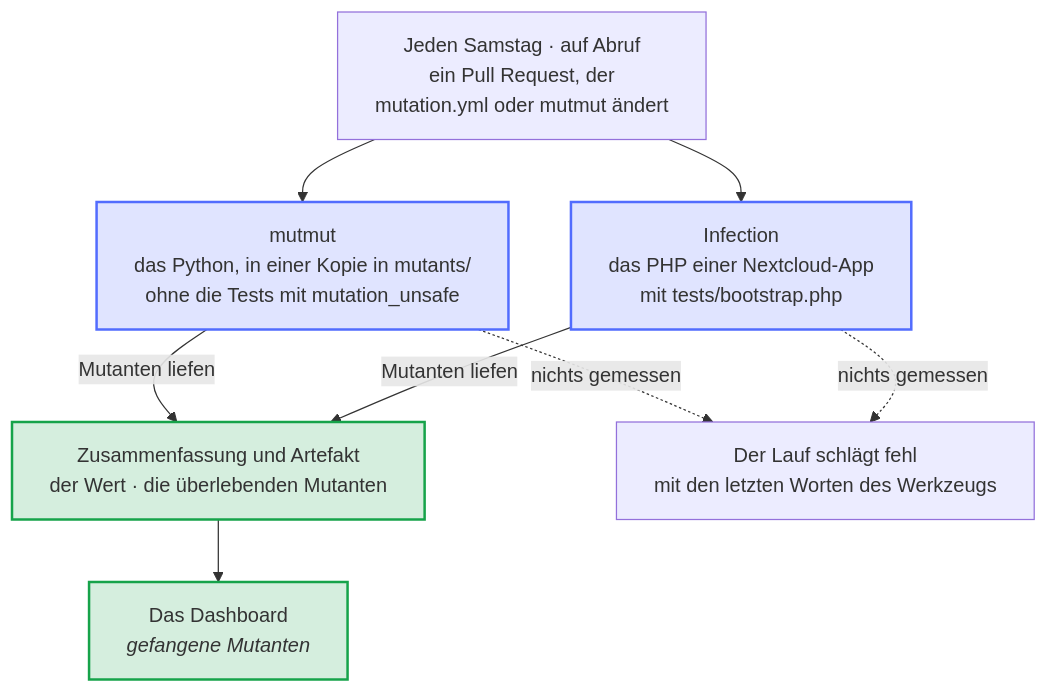
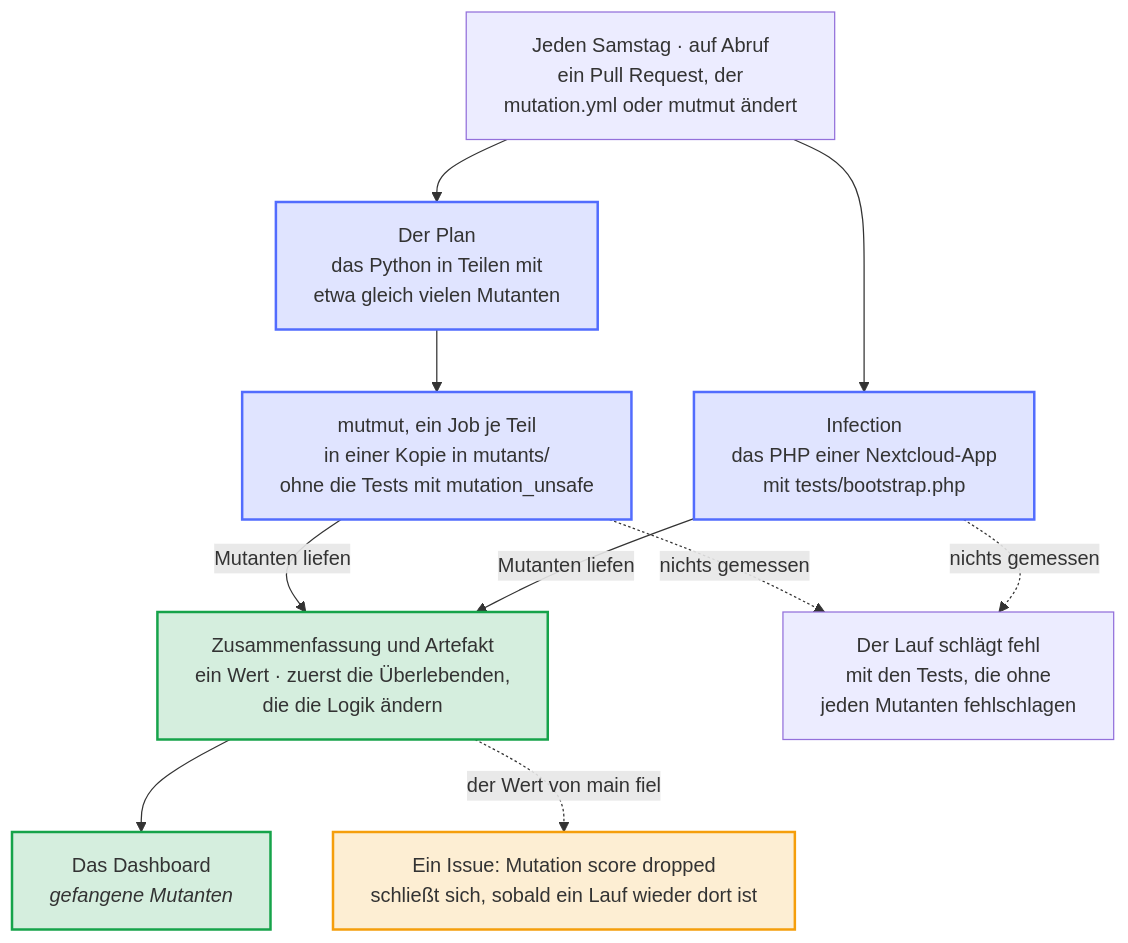
The diagram in docs/diagrams/how-the-mutation-tests-run.de.mmd (Dennis-Otto/repo-blueprint), drawn with Mermaid before and after one commit. The commit also changed 19 other files, not shown here.

```diff
--- a/docs/diagrams/how-the-mutation-tests-run.de.mmd
+++ b/docs/diagrams/how-the-mutation-tests-run.de.mmd
@@ -1,28 +1,34 @@
 ---
 config:
   flowchart:
     wrappingWidth: 400
 ---
 flowchart TB
     accTitle: Wie die Mutationstests laufen
-    accDescr: Jeden Samstag, auf Abruf und für einen Pull Request, der ändert, wie sie laufen, führt der Mutation-Workflow die Mutanten aus. mutmut ändert das Python in einer Kopie des Repositorys und lässt die Tests mit der Markierung mutation_unsafe aus; Infection ändert das PHP einer Nextcloud-App, mit dem Bootstrap ihrer Tests. Wenn Mutanten liefen, zeigt die Zusammenfassung den Wert und die überlebenden Mutanten, das Artefakt bewahrt sie auf und das Dashboard zeigt den Wert. Ein Lauf, der nichts gemessen hat, schlägt fehl und zeigt die letzten Worte des Werkzeugs.
+    accDescr: Jeden Samstag, auf Abruf und für einen Pull Request, der ändert, wie sie laufen, führt der Mutation-Workflow die Mutanten aus. Für Python teilt der Plan den Code in Teile mit etwa gleich vielen Mutanten, und mutmut führt jeden Teil in einem eigenen Job aus, in einer Kopie des Repositorys und ohne die Tests mit der Markierung mutation_unsafe; Infection ändert das PHP einer Nextcloud-App, mit dem Bootstrap ihrer Tests. Die Zusammenfassung zeigt einen Wert und zuerst die Überlebenden, die die Logik ändern, mit ihren Änderungen, das Artefakt bewahrt sie auf und das Dashboard zeigt den Wert. Fällt der Wert des Standard-Branches unter den des Laufs davor, öffnet sich ein Issue, das sich schließt, sobald ein Lauf wieder dort ist. Ein Lauf, der nichts gemessen hat, schlägt fehl und nennt die Tests, die ohne jeden Mutanten fehlschlugen.
 
     start["Jeden Samstag · auf Abruf<br>ein Pull Request, der<br>mutation.yml oder mutmut ändert"]
-    python["mutmut<br>das Python, in einer Kopie in mutants/<br>ohne die Tests mit mutation_unsafe"]
+    plan["Der Plan<br>das Python in Teilen mit<br>etwa gleich vielen Mutanten"]
+    python["mutmut, ein Job je Teil<br>in einer Kopie in mutants/<br>ohne die Tests mit mutation_unsafe"]
     php["Infection<br>das PHP einer Nextcloud-App<br>mit tests/bootstrap.php"]
-    score["Zusammenfassung und Artefakt<br>der Wert · die überlebenden Mutanten"]
+    score["Zusammenfassung und Artefakt<br>ein Wert · zuerst die Überlebenden,<br>die die Logik ändern"]
     dashboard["`Das Dashboard<br>*gefangene Mutanten*`"]
-    fail["Der Lauf schlägt fehl<br>mit den letzten Worten des Werkzeugs"]
+    issue["Ein Issue: Mutation score dropped<br>schließt sich, sobald ein Lauf wieder dort ist"]
+    fail["Der Lauf schlägt fehl<br>mit den Tests, die ohne<br>jeden Mutanten fehlschlagen"]
 
-    start --> python
+    start --> plan
+    plan --> python
     start --> php
     python -- "Mutanten liefen" --> score
     php -- "Mutanten liefen" --> score
     score --> dashboard
+    score -. "der Wert von main fiel" .-> issue
     python -. "nichts gemessen" .-> fail
     php -. "nichts gemessen" .-> fail
 
     classDef bot fill:#526cfe2e,stroke:#526cfe,stroke-width:2px
     classDef done fill:#16a34a2e,stroke:#16a34a,stroke-width:2px
-    class python,php bot
+    classDef person fill:#f59e0b2e,stroke:#f59e0b,stroke-width:2px
+    class plan,python,php bot
     class score,dashboard done
+    class issue person
```
